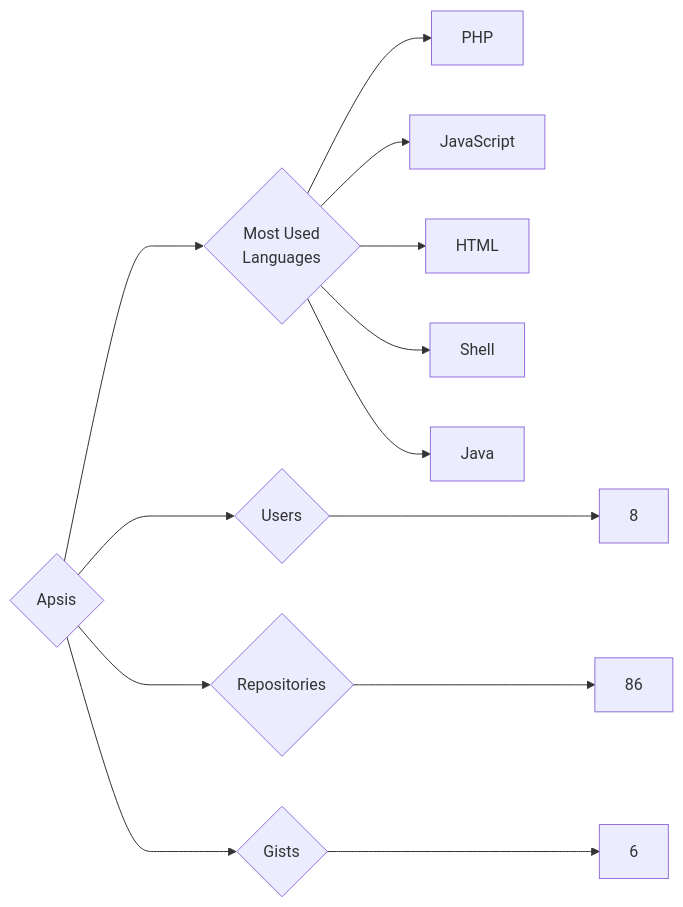
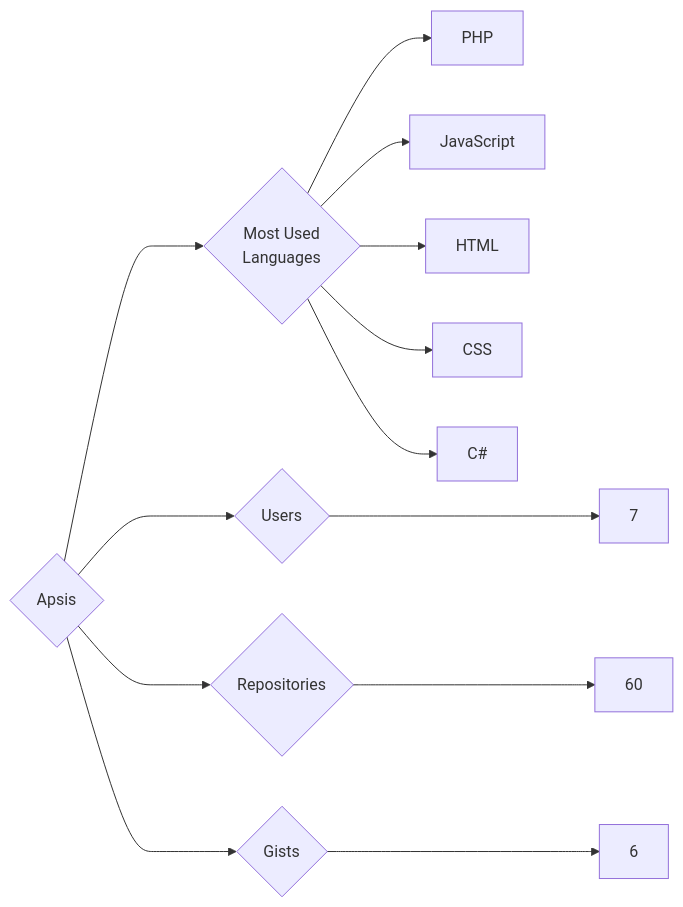
Before and after one commit to trickest/insiders: the diagram in targets/Apsis/README.md, drawn with Mermaid. The commit also changed 1167 other files, not shown here.

````diff
--- a/targets/Apsis/README.md
+++ b/targets/Apsis/README.md
@@ -3,13 +3,13 @@
 ```mermaid
 graph LR
 COMPANY_NAME{Apsis}
-COMPANY_NAME ---> U{Users} ---> UN[8]
-COMPANY_NAME ---> R{Repositories} ---> RN[86]
+COMPANY_NAME ---> U{Users} ---> UN[7]
+COMPANY_NAME ---> R{Repositories} ---> RN[60]
 COMPANY_NAME ---> G{Gists} ---> GN[6]
 COMPANY_NAME ---> ML{Most Used<br>Languages}
 ML --> PHP[PHP]
 ML --> JavaScript[JavaScript]
 ML --> HTML[HTML]
-ML --> Shell[Shell]
-ML --> Java[Java]
+ML --> CSS[CSS]
+ML --> C#[C#]
 ```
````
